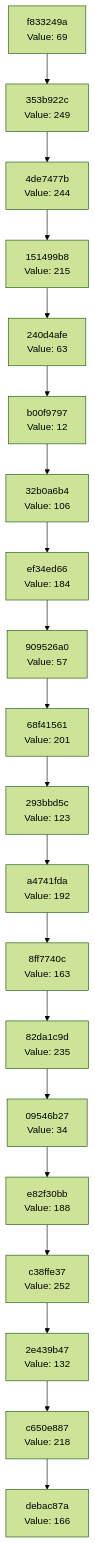
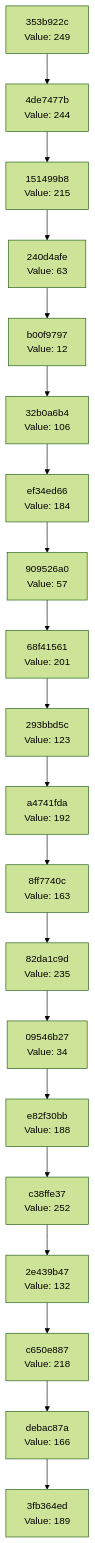
One commit to Abhisheksinha1506/hash-chain-evolver changed the diagram in docs/CHAIN_VISUALIZATION.md. Above: the diagram before and after it, drawn with Mermaid (forest theme). The commit also changed 3 other files, not shown here.

````diff
--- a/docs/CHAIN_VISUALIZATION.md
+++ b/docs/CHAIN_VISUALIZATION.md
@@ -3,42 +3,42 @@
 ```mermaid
 graph TD
-    C0["debac87a<br/>Value: 166"]
-    C1["c650e887<br/>Value: 218"]
+    C0["3fb364ed<br/>Value: 189"]
+    C1["debac87a<br/>Value: 166"]
     C1 --> C0
-    C2["2e439b47<br/>Value: 132"]
+    C2["c650e887<br/>Value: 218"]
     C2 --> C1
-    C3["c38ffe37<br/>Value: 252"]
+    C3["2e439b47<br/>Value: 132"]
     C3 --> C2
-    C4["e82f30bb<br/>Value: 188"]
+    C4["c38ffe37<br/>Value: 252"]
     C4 --> C3
-    C5["09546b27<br/>Value: 34"]
+    C5["e82f30bb<br/>Value: 188"]
     C5 --> C4
-    C6["82da1c9d<br/>Value: 235"]
+    C6["09546b27<br/>Value: 34"]
     C6 --> C5
-    C7["8ff7740c<br/>Value: 163"]
+    C7["82da1c9d<br/>Value: 235"]
     C7 --> C6
-    C8["a4741fda<br/>Value: 192"]
+    C8["8ff7740c<br/>Value: 163"]
     C8 --> C7
-    C9["293bbd5c<br/>Value: 123"]
+    C9["a4741fda<br/>Value: 192"]
     C9 --> C8
-    C10["68f41561<br/>Value: 201"]
+    C10["293bbd5c<br/>Value: 123"]
     C10 --> C9
-    C11["909526a0<br/>Value: 57"]
+    C11["68f41561<br/>Value: 201"]
     C11 --> C10
-    C12["ef34ed66<br/>Value: 184"]
+    C12["909526a0<br/>Value: 57"]
     C12 --> C11
-    C13["32b0a6b4<br/>Value: 106"]
+    C13["ef34ed66<br/>Value: 184"]
     C13 --> C12
-    C14["b00f9797<br/>Value: 12"]
+    C14["32b0a6b4<br/>Value: 106"]
     C14 --> C13
-    C15["240d4afe<br/>Value: 63"]
+    C15["b00f9797<br/>Value: 12"]
     C15 --> C14
-    C16["151499b8<br/>Value: 215"]
+    C16["240d4afe<br/>Value: 63"]
     C16 --> C15
-    C17["4de7477b<br/>Value: 244"]
+    C17["151499b8<br/>Value: 215"]
     C17 --> C16
-    C18["353b922c<br/>Value: 249"]
+    C18["4de7477b<br/>Value: 244"]
     C18 --> C17
-    C19["f833249a<br/>Value: 69"]
+    C19["353b922c<br/>Value: 249"]
     C19 --> C18
 ```
````
